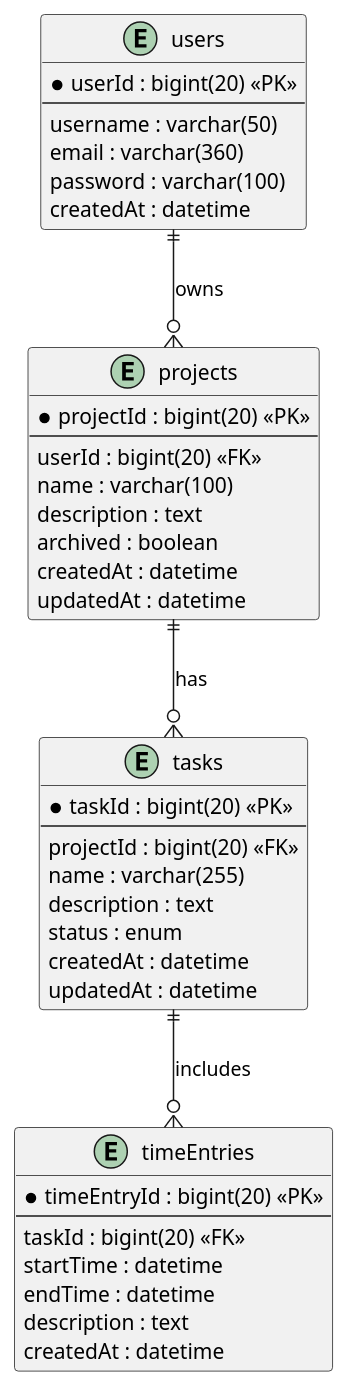
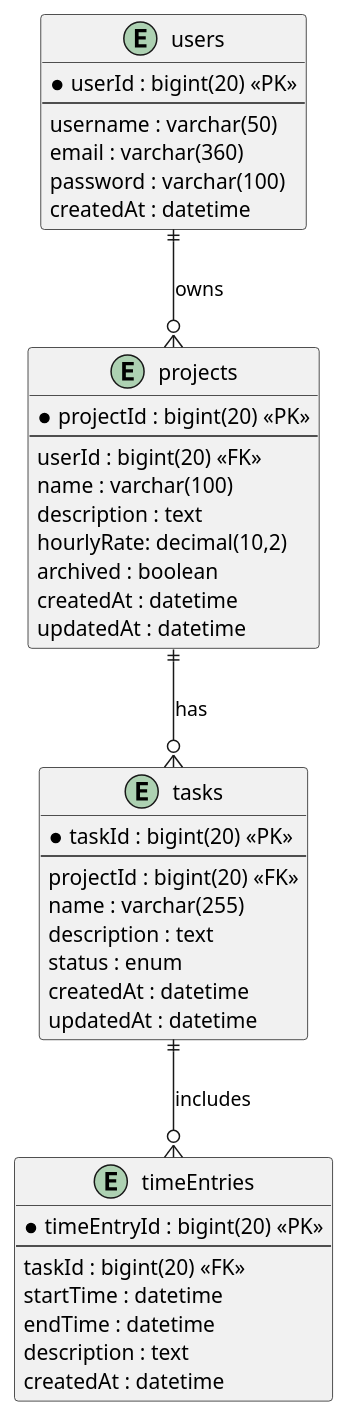
The diagram in docs/er-diagram-plantuml.wsd (hdcola/ticksy), drawn with PlantUML before and after one commit.

Commit message:
Updated er digram

```diff
--- a/docs/er-diagram-plantuml.wsd
+++ b/docs/er-diagram-plantuml.wsd
@@ -1,51 +1,52 @@
 @startuml
 ' hide the spot
 ' hide circle
 
 ' avoid problems with angled crows feet
 entity users {
   * userId : bigint(20) <<PK>>
   --
   username : varchar(50)
   email : varchar(360)
   password : varchar(100)
   createdAt : datetime
 }
 
 entity projects {
   * projectId : bigint(20) <<PK>>
   --
   userId : bigint(20) <<FK>>
   name : varchar(100)
   description : text
+  hourlyRate: decimal(10,2)
   archived : boolean
   createdAt : datetime
   updatedAt : datetime
 }
 
 entity tasks {
   * taskId : bigint(20) <<PK>>
   --
   projectId : bigint(20) <<FK>>
   name : varchar(255)
   description : text
   status : enum
   createdAt : datetime
   updatedAt : datetime
 }
 
 entity timeEntries {
   * timeEntryId : bigint(20) <<PK>>
   --
   taskId : bigint(20) <<FK>>
   startTime : datetime
   endTime : datetime
   description : text
   createdAt : datetime
 }
 
 users ||--o{ projects : owns
 projects ||--o{ tasks : has
 tasks ||--o{ timeEntries : includes
 
 @enduml
```
